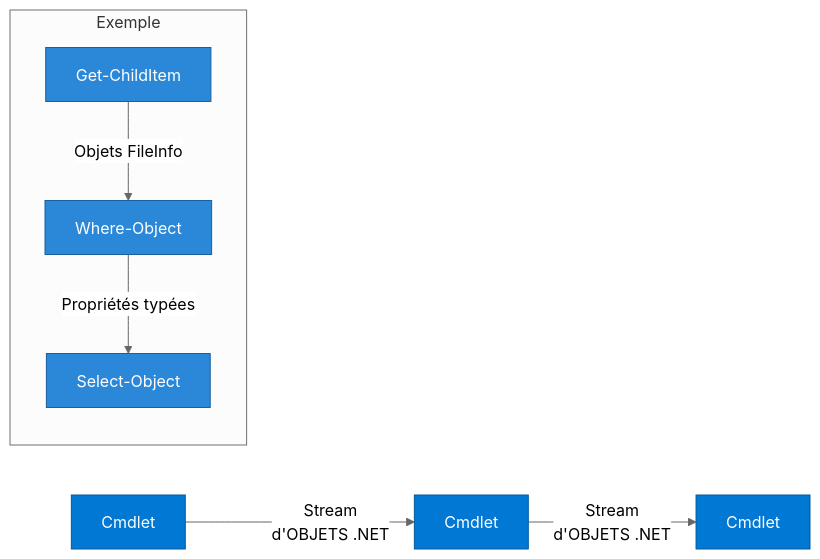
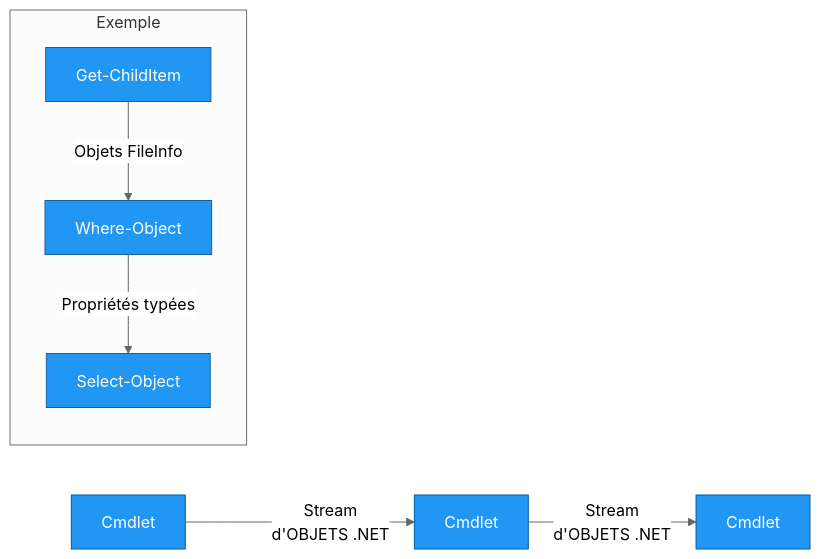
Before and after one commit to VBlackJack/ShellBook: the second of 2 diagrams in docs/windows/powershell-foundations.md, drawn with Mermaid (neutral theme). The commit also changed other lines of this file and 337 other files, not shown here.

First line of the commit message:
refactor(docs): Standardize code blocks and Mermaid colors

````diff
--- a/docs/windows/powershell-foundations.md
+++ b/docs/windows/powershell-foundations.md
@@ -39,15 +39,15 @@
 ```mermaid
 flowchart LR
     A[Cmdlet] -->|Stream<br/>d'OBJETS .NET| B[Cmdlet] -->|Stream<br/>d'OBJETS .NET| C[Cmdlet]
 
     subgraph Exemple
         D[Get-ChildItem] -->|Objets FileInfo| E[Where-Object] -->|Propriétés typées| F[Select-Object]
     end
 
-    style A fill:#0078d4,stroke:#005a9e,color:#fff
-    style B fill:#0078d4,stroke:#005a9e,color:#fff
-    style C fill:#0078d4,stroke:#005a9e,color:#fff
-    style D fill:#2b88d8,stroke:#1a5f9e,color:#fff
-    style E fill:#2b88d8,stroke:#1a5f9e,color:#fff
-    style F fill:#2b88d8,stroke:#1a5f9e,color:#fff
+    style A fill:#2196F3,stroke:#005a9e,color:#fff
+    style B fill:#2196F3,stroke:#005a9e,color:#fff
+    style C fill:#2196F3,stroke:#005a9e,color:#fff
+    style D fill:#2196F3,stroke:#1a5f9e,color:#fff
+    style E fill:#2196F3,stroke:#1a5f9e,color:#fff
+    style F fill:#2196F3,stroke:#1a5f9e,color:#fff
 ```
````
